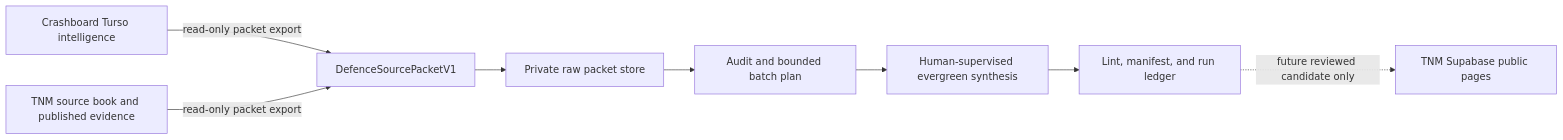
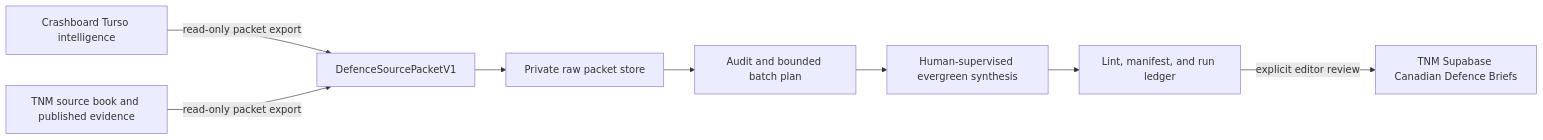
The diagram in context/governance/Internal Wiki Plan.md (AndDavies/ecosystem_intelligence), drawn with Mermaid before and after one commit. The commit also changed other lines of this file and 15 other files, not shown here.

Commit message:
feat: publish Canadian defence briefs

````diff
--- a/context/governance/Internal Wiki Plan.md
+++ b/context/governance/Internal Wiki Plan.md
@@ -29,10 +29,10 @@
 ```mermaid
 flowchart LR
     C["Crashboard Turso intelligence"] -->|"read-only packet export"| P["DefenceSourcePacketV1"]
     T["TNM source book and published evidence"] -->|"read-only packet export"| P
     P --> R["Private raw packet store"]
     R --> A["Audit and bounded batch plan"]
     A --> W["Human-supervised evergreen synthesis"]
     W --> L["Lint, manifest, and run ledger"]
-    L -. "future reviewed candidate only" .-> S["TNM Supabase public pages"]
+    L -->|"explicit editor review"| S["TNM Supabase Canadian Defence Briefs"]
 ```
````
